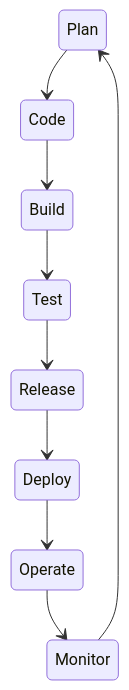
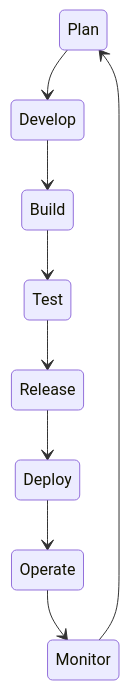
One commit to maverick0bg/miserv.io changed the diagram in docs/markdown/sdlc.md. Above: the diagram before and after it, drawn with Mermaid. The commit also changed 6 other files, not shown here.

````diff
--- a/docs/markdown/sdlc.md
+++ b/docs/markdown/sdlc.md
@@ -7,11 +7,11 @@
 ```mermaid
     stateDiagram
-    Plan --> Code
-    Code --> Build
+    Plan --> Develop
+    Develop --> Build
     Build --> Test
     Test --> Release
     Release --> Deploy
     Deploy --> Operate
     Operate --> Monitor
     Monitor --> Plan
 ```
````
